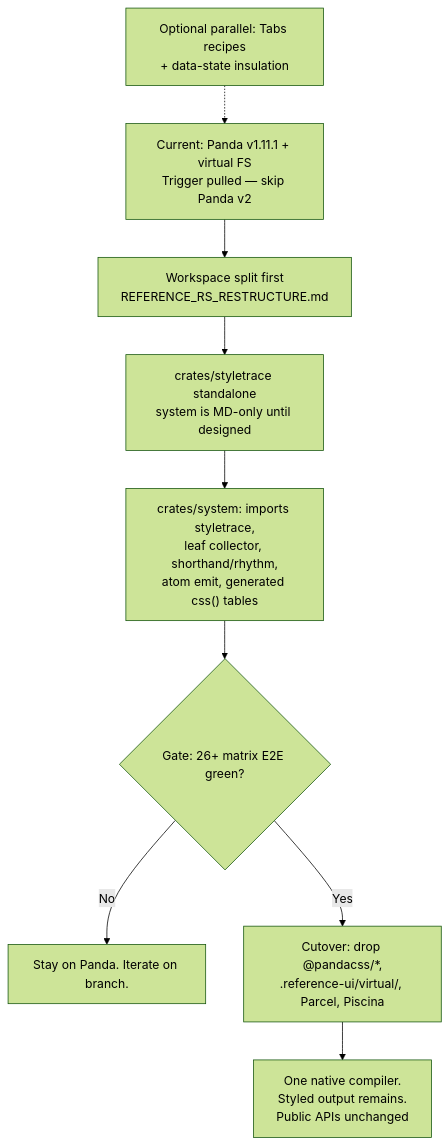
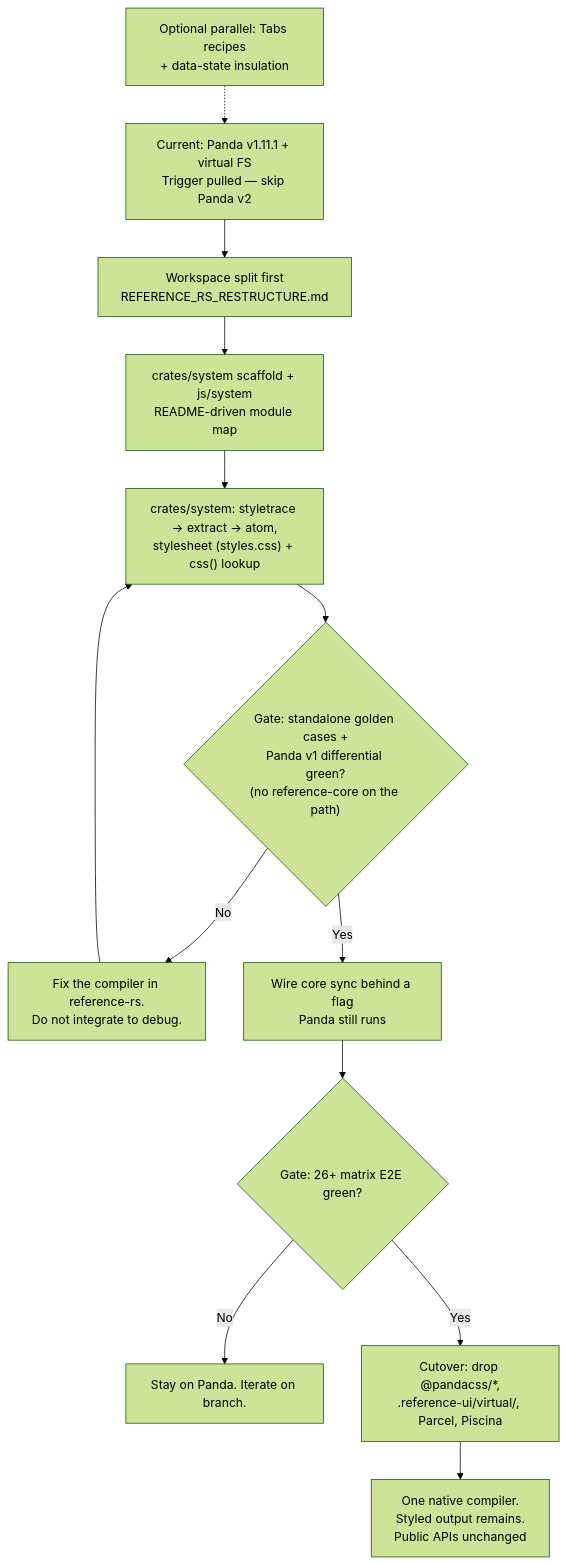
Before and after one commit to reference-ui/reference-ui: the diagram in REFERENCE_SYSTEM.md, drawn with Mermaid (forest theme). The commit also changed other lines of this file and 49 other files, not shown here.

First line of the commit message:
feat(reference-rs): introduce `agent-rs` skill and enhance CPU gate management

````diff
--- a/REFERENCE_SYSTEM.md
+++ b/REFERENCE_SYSTEM.md
@@ -314,16 +335,22 @@
 ```mermaid
 graph TD
     Start["Current: Panda v1.11.1 + virtual FS<br/>Trigger pulled — skip Panda v2"] --> Split["Workspace split first<br/>REFERENCE_RS_RESTRUCTURE.md"]
     
-    Split --> Door["crates/styletrace standalone<br/>system is MD-only until designed"]
-    Door --> Engine["crates/system: imports styletrace,<br/>leaf collector, shorthand/rhythm,<br/>atom emit, generated css() tables"]
+    Split --> Door["crates/system scaffold + js/system<br/>README-driven module map"]
+    Door --> Engine["crates/system: styletrace → extract → atom,<br/>stylesheet (styles.css) + css() lookup"]
     
-    Engine --> Gate2{"Gate: 26+ matrix E2E green?"}
+    Engine --> Gate1{"Gate: standalone golden cases +<br/>Panda v1 differential green?<br/>(no reference-core on the path)"}
+
+    Gate1 -- "No" --> IterateEngine["Fix the compiler in reference-rs.<br/>Do not integrate to debug."]
+    IterateEngine --> Engine
+    Gate1 -- "Yes" --> Integrate["Wire core sync behind a flag<br/>Panda still runs"]
+
+    Integrate --> Gate2{"Gate: 26+ matrix E2E green?"}
     
     Gate2 -- "No" --> Iterate["Stay on Panda. Iterate on branch."]
     Gate2 -- "Yes" --> Cutover["Cutover: drop @pandacss/*,<br/>.reference-ui/virtual/, Parcel, Piscina"]
     
     Cutover --> Complete["One native compiler.<br/>Styled output remains.<br/>Public APIs unchanged"]
     
     Lib["Optional parallel: Tabs recipes<br/>+ data-state insulation"] -.-> Start
 ```
````
